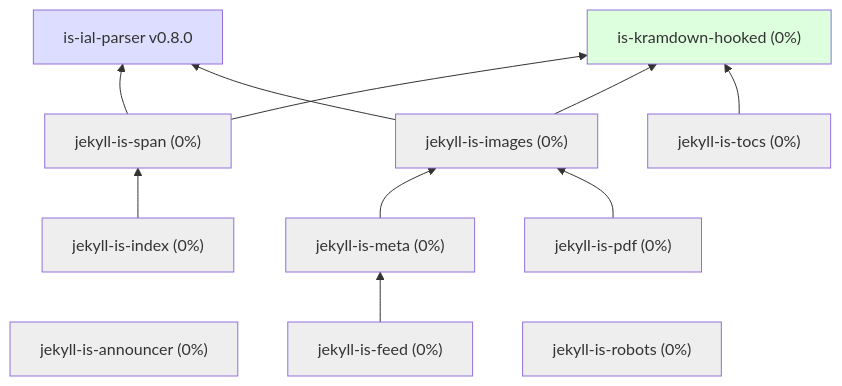
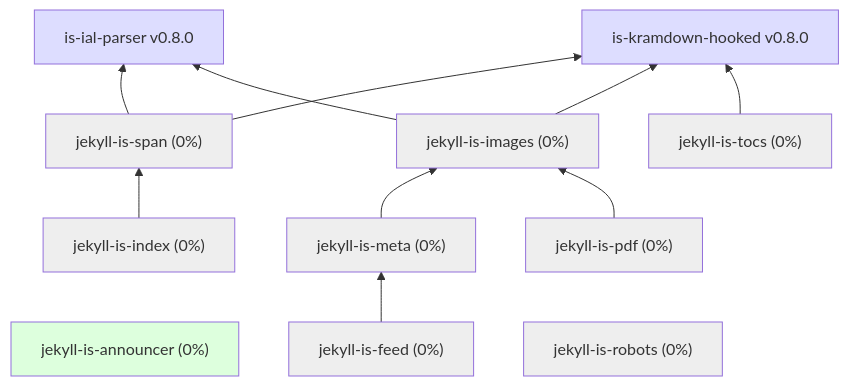
The diagram in profile/README.md (jekyll-is/.github), drawn with Mermaid before and after one commit. The commit also changed other lines of this file, not shown here.

````diff
--- a/profile/README.md
+++ b/profile/README.md
@@ -7,44 +7,44 @@
 ```mermaid
 graph BT
   ial["is-ial-parser v0.8.0"]
-  kramdown["is-kramdown-hooked (0%)"]
+  kramdown["is-kramdown-hooked v0.8.0"]
   tocs["jekyll-is-tocs (0%)"] --> kramdown
   images["jekyll-is-images (0%)"] --> ial
   images --> kramdown
   announcer["jekyll-is-announcer (0%)"]
   pdf["jekyll-is-pdf (0%)"] --> images
   meta["jekyll-is-meta (0%)"] --> images
   feed["jekyll-is-feed (0%)"] --> meta
   span["jekyll-is-span (0%)"] --> ial
   index["jekyll-is-index (0%)"] --> span
   span --> kramdown
   robots["jekyll-is-robots (0%)"]
 
 click ial "https://github.com/jekyll-is/is-ial-parser"
 click kramdown "https://github.com/jekyll-is/is-kramdown-hooked"
 click announcer "https://github.com/jekyll-is/jekyll-is-announcer"
 click images "https://github.com/jekyll-is/jekyll-is-images"
 click robots "https://github.com/jekyll-is/jekyll-is-robots"
 click meta "https://github.com/jekyll-is/jekyll-is-meta"
 click pdf "https://github.com/jekyll-is/jekyll-is-pdf"
 click tocs "https://github.com/jekyll-is/jekyll-is-tocs"
 click feed "https://github.com/jekyll-is/jekyll-is-feed"
 click index "https://github.com/jekyll-is/jekyll-is-index"
 click span "https://github.com/jekyll-is/jekyll-is-span"
 
 classDef green fill:#DFD
 classDef gray fill:#EEE
 classDef blue fill:#DDF
 
 class ial blue
-class kramdown green
+class kramdown blue
 class images gray
-class announcer gray
+class announcer green
 class pdf gray
 class span gray
 class index gray
 class feed gray
 class meta gray
 class robots gray
 class tocs gray
 ```
````
